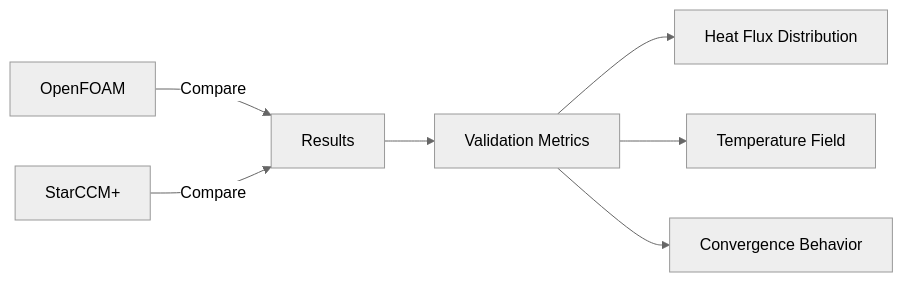
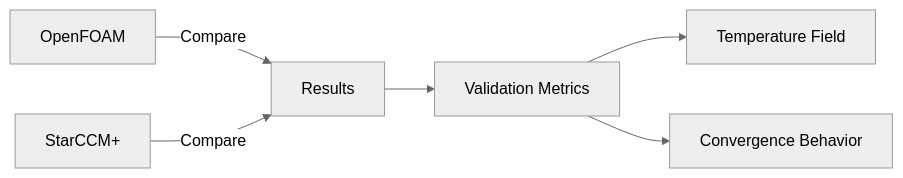
The second of 6 diagrams in MODULE_06_ADVANCED_PHYSICS/CONTENT/02_COUPLED_PHYSICS/05_Validation_and_Benchmarks.md (wramet/build-my-cfd), drawn with Mermaid (neutral theme) before and after one commit. The commit also changed other lines of this file and 297 other files, not shown here.

Commit message:
Add explanation under mermaid diagram

````diff
--- a/MODULE_06_ADVANCED_PHYSICS/CONTENT/02_COUPLED_PHYSICS/05_Validation_and_Benchmarks.md
+++ b/MODULE_06_ADVANCED_PHYSICS/CONTENT/02_COUPLED_PHYSICS/05_Validation_and_Benchmarks.md
@@ -117,9 +119,8 @@
 ```mermaid
 flowchart LR
     A[OpenFOAM] -->|Compare| B[Results]
     C[StarCCM+] -->|Compare| B
     B --> D[Validation Metrics]
-    D --> E[Heat Flux Distribution]
     D --> F[Temperature Field]
     D --> G[Convergence Behavior]
 ```
````
